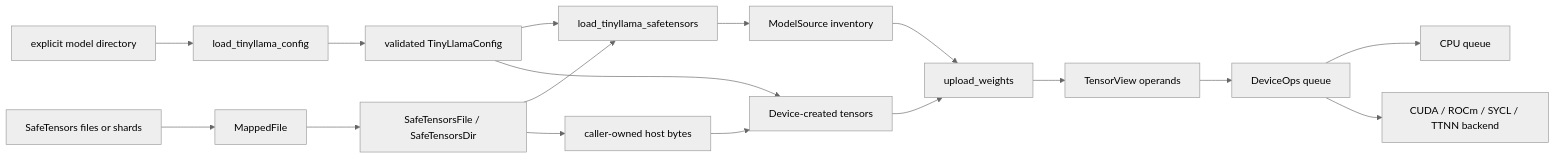
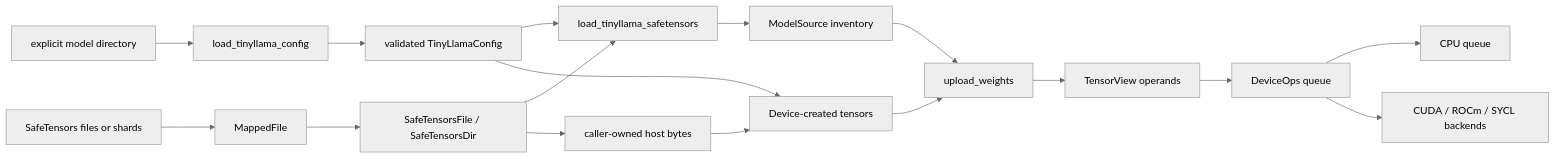
One commit to rlewczuk/iom changed the diagram in docs/ARCHITECTURE.md. Above: the diagram before and after it, drawn with Mermaid (neutral theme). The commit also changed other lines of this file and 11 other files, not shown here.

Commit message:
csw-run-worker(006-tinyllama/15-remove-ttnn/02-documentation-workflow-cutover): Documentation, workflow guidance, and remote profiles describe CPU, CUDA, ROCm, and SYCL only, with four-backend evidence and gates.

````diff
--- a/docs/ARCHITECTURE.md
+++ b/docs/ARCHITECTURE.md
@@ -12,19 +12,19 @@
 ```mermaid
 flowchart LR
     directory[explicit model directory] --> config[load_tinyllama_config]
     config --> dimensions[validated TinyLlamaConfig]
     weights[SafeTensors files or shards] --> mapped[MappedFile]
     mapped --> store[SafeTensorsFile / SafeTensorsDir]
     dimensions --> source[load_tinyllama_safetensors]
     store --> source
     source --> inventory[ModelSource inventory]
     store --> host[caller-owned host bytes]
     host --> tensor[Device-created tensors]
     dimensions --> tensor
     inventory --> upload[upload_weights]
     tensor --> upload
     upload --> view[TensorView operands]
     view --> queue[DeviceOps queue]
     queue --> cpu[CPU queue]
-    queue --> accel[CUDA / ROCm / SYCL / TTNN backend]
+    queue --> accel[CUDA / ROCm / SYCL backends]
 ```
````
